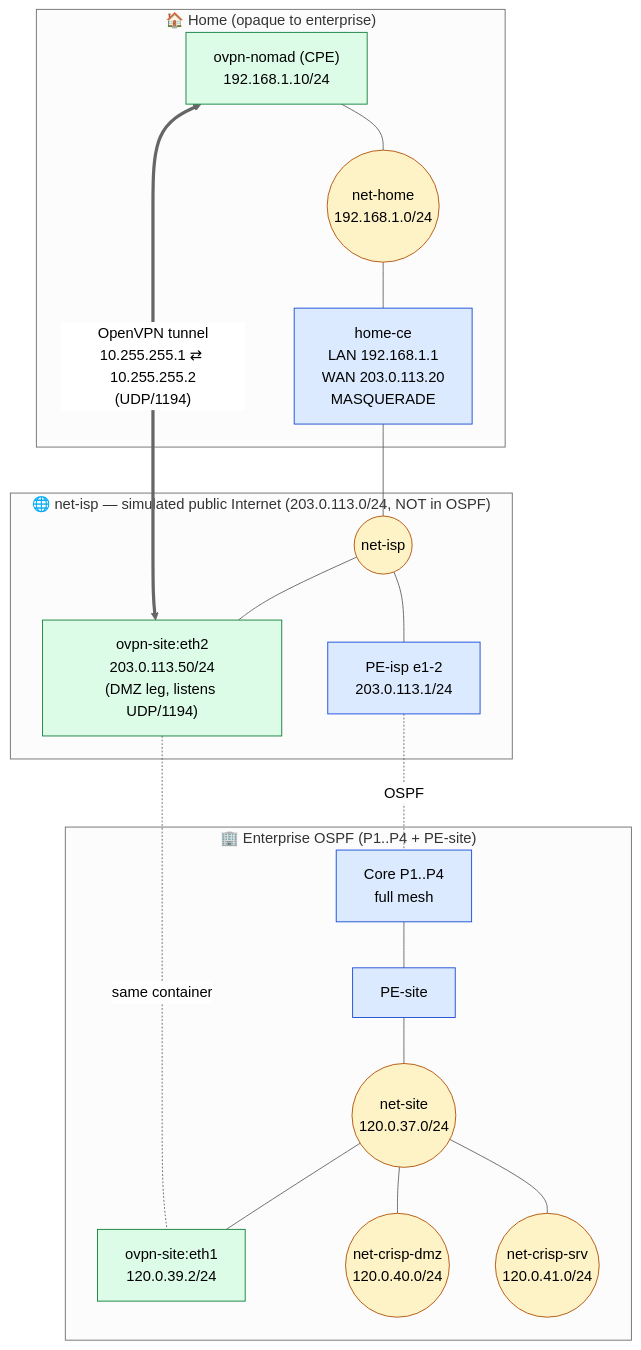
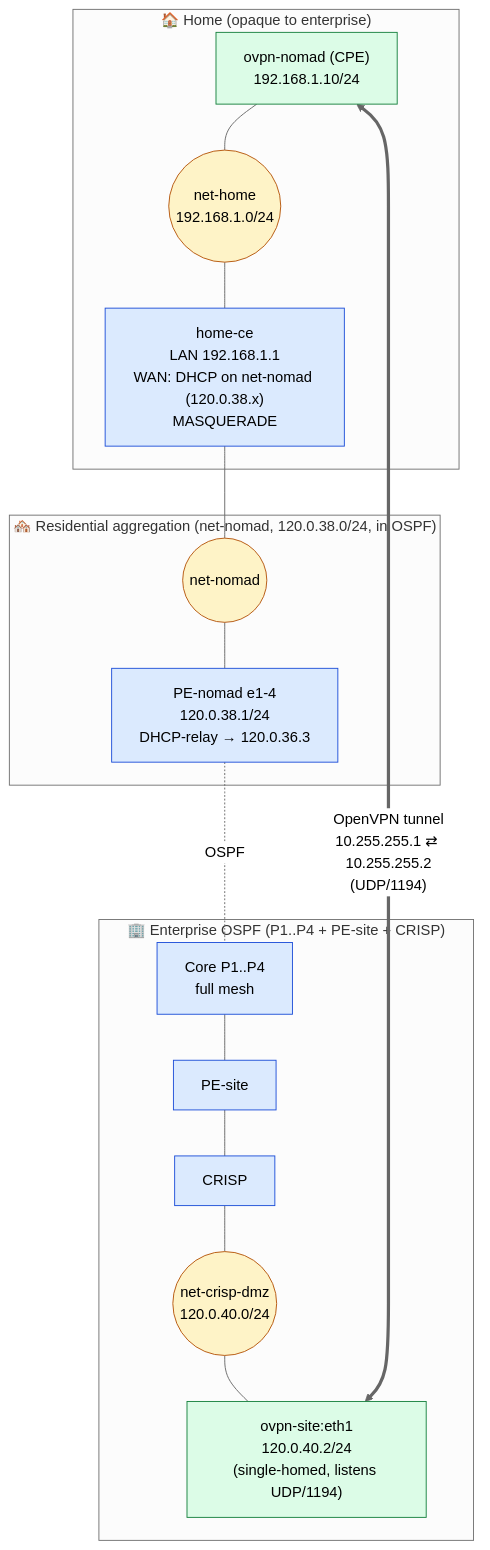
The diagram in vpn/README.md (yfgrepcat/CrISP), drawn with Mermaid (neutral theme) before and after one commit. The commit also changed other lines of this file and 5 other files, not shown here.

Commit message:
fix&feat: Changes multi-homed VPN to single-home since deprecation of ISP-Site node and added DNS root entry

````diff
--- a/vpn/README.md
+++ b/vpn/README.md
@@ -11,44 +13,35 @@
 ```mermaid
 flowchart TB
     subgraph home["🏠 Home (opaque to enterprise)"]
         nomad["ovpn-nomad (CPE)<br/>192.168.1.10/24"]
         neth(("net-home<br/>192.168.1.0/24"))
-        ce["home-ce<br/>LAN 192.168.1.1<br/>WAN 203.0.113.20<br/>MASQUERADE"]
+        ce["home-ce<br/>LAN 192.168.1.1<br/>WAN: DHCP on net-nomad (120.0.38.x)<br/>MASQUERADE"]
         nomad --- neth --- ce
     end
 
-    subgraph public["🌐 net-isp — simulated public Internet (203.0.113.0/24, NOT in OSPF)"]
-        nisp(("net-isp"))
-        peisp["PE-isp e1-2<br/>203.0.113.1/24"]
-        sitepub["ovpn-site:eth2<br/>203.0.113.50/24<br/>(DMZ leg, listens UDP/1194)"]
-        nisp --- peisp
-        nisp --- sitepub
+    subgraph residential["🏘️ Residential aggregation (net-nomad, 120.0.38.0/24, in OSPF)"]
+        nnomad(("net-nomad"))
+        penomad["PE-nomad e1-4<br/>120.0.38.1/24<br/>DHCP-relay → 120.0.36.3"]
+        nnomad --- penomad
     end
 
-    subgraph ent["🏢 Enterprise OSPF (P1..P4 + PE-site)"]
+    subgraph ent["🏢 Enterprise OSPF (P1..P4 + PE-site + CRISP)"]
         core["Core P1..P4<br/>full mesh"]
         pesite["PE-site"]
-        nsite(("net-site<br/>120.0.37.0/24"))
-        siteint["ovpn-site:eth1<br/>120.0.39.2/24"]
-      dmvlnet(("net-crisp-dmz<br/>120.0.40.0/24"))
-      srvnet(("net-crisp-srv<br/>120.0.41.0/24"))
-        peisp -. OSPF .- core
-        core --- pesite --- nsite
-        nsite --- siteint
-      nsite --- dmvlnet
-      nsite --- srvnet
+        crisp["CRISP"]
+        dmz(("net-crisp-dmz<br/>120.0.40.0/24"))
+        ovpns["ovpn-site:eth1<br/>120.0.40.2/24<br/>(single-homed, listens UDP/1194)"]
+        penomad -. OSPF .- core --- pesite --- crisp --- dmz --- ovpns
     end
 
-    ce --- nisp
-    sitepub -. same container .- siteint
+    ce --- nnomad
 
-    nomad <== "OpenVPN tunnel<br/>10.255.255.1 ⇄ 10.255.255.2<br/>(UDP/1194)" ==> sitepub
+    nomad <== "OpenVPN tunnel<br/>10.255.255.1 ⇄ 10.255.255.2<br/>(UDP/1194)" ==> ovpns
 
     classDef bridge fill:#fef3c7,stroke:#b45309,color:#000;
     classDef router fill:#dbeafe,stroke:#1d4ed8,color:#000;
     classDef host fill:#dcfce7,stroke:#15803d,color:#000;
-    class neth,nisp,nsite bridge;
-    class peisp,core,pesite,ce router;
-    class nomad,sitepub,siteint host;
-    class dmvlnet,srvnet bridge;
+    class neth,nnomad,dmz bridge;
+    class penomad,core,pesite,crisp,ce router;
+    class nomad,ovpns host;
 ```
````
